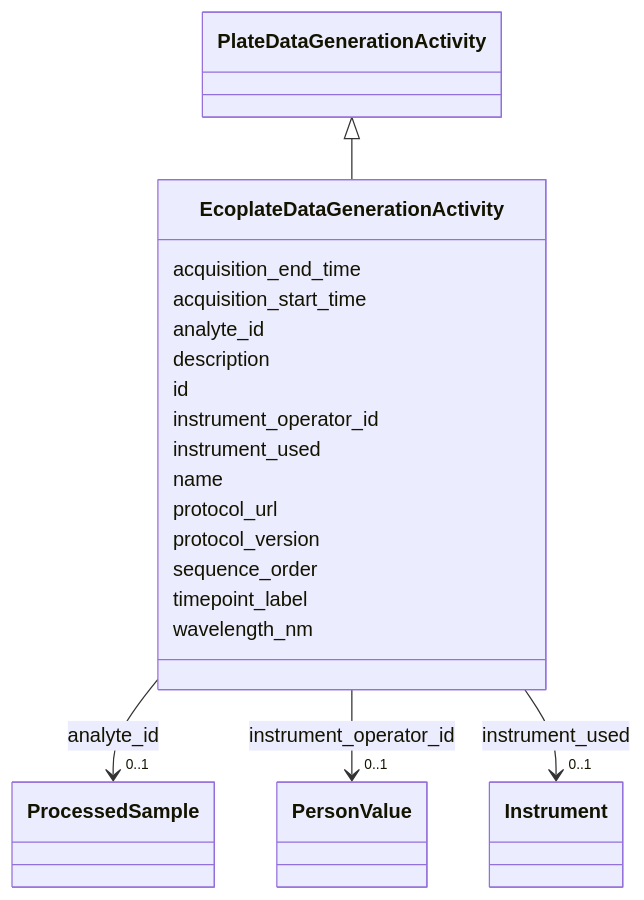
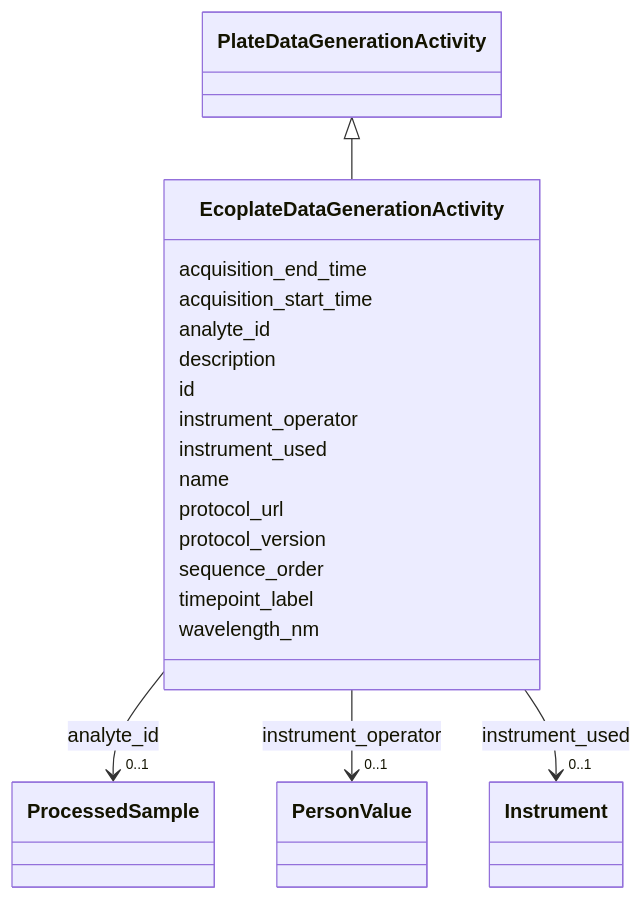
One commit to EMSL-Computing/BASALT-Schema changed the diagram in docs/elements/EcoplateDataGenerationActivity.md. Above: the diagram before and after it, drawn with Mermaid. The commit also changed other lines of this file and 550 other files, not shown here.

````diff
--- a/docs/elements/EcoplateDataGenerationActivity.md
+++ b/docs/elements/EcoplateDataGenerationActivity.md
@@ -26,62 +26,62 @@
 ```mermaid
  classDiagram
     class EcoplateDataGenerationActivity
     click EcoplateDataGenerationActivity href "../EcoplateDataGenerationActivity/"
       PlateDataGenerationActivity <|-- EcoplateDataGenerationActivity
         click PlateDataGenerationActivity href "../PlateDataGenerationActivity/"
       
       EcoplateDataGenerationActivity : acquisition_end_time
         
       EcoplateDataGenerationActivity : acquisition_start_time
         
       EcoplateDataGenerationActivity : analyte_id
         
           
     
         
         
         EcoplateDataGenerationActivity --> "0..1" ProcessedSample : analyte_id
         click ProcessedSample href "../ProcessedSample/"
     
 
         
       EcoplateDataGenerationActivity : description
         
       EcoplateDataGenerationActivity : id
         
-      EcoplateDataGenerationActivity : instrument_operator_id
+      EcoplateDataGenerationActivity : instrument_operator
         
           
     
         
         
-        EcoplateDataGenerationActivity --> "0..1" PersonValue : instrument_operator_id
+        EcoplateDataGenerationActivity --> "0..1" PersonValue : instrument_operator
         click PersonValue href "../PersonValue/"
     
 
         
       EcoplateDataGenerationActivity : instrument_used
         
           
     
         
         
         EcoplateDataGenerationActivity --> "0..1" Instrument : instrument_used
         click Instrument href "../Instrument/"
     
 
         
       EcoplateDataGenerationActivity : name
         
       EcoplateDataGenerationActivity : protocol_url
         
       EcoplateDataGenerationActivity : protocol_version
         
       EcoplateDataGenerationActivity : sequence_order
         
       EcoplateDataGenerationActivity : timepoint_label
         
       EcoplateDataGenerationActivity : wavelength_nm
         
       
 ```
````
